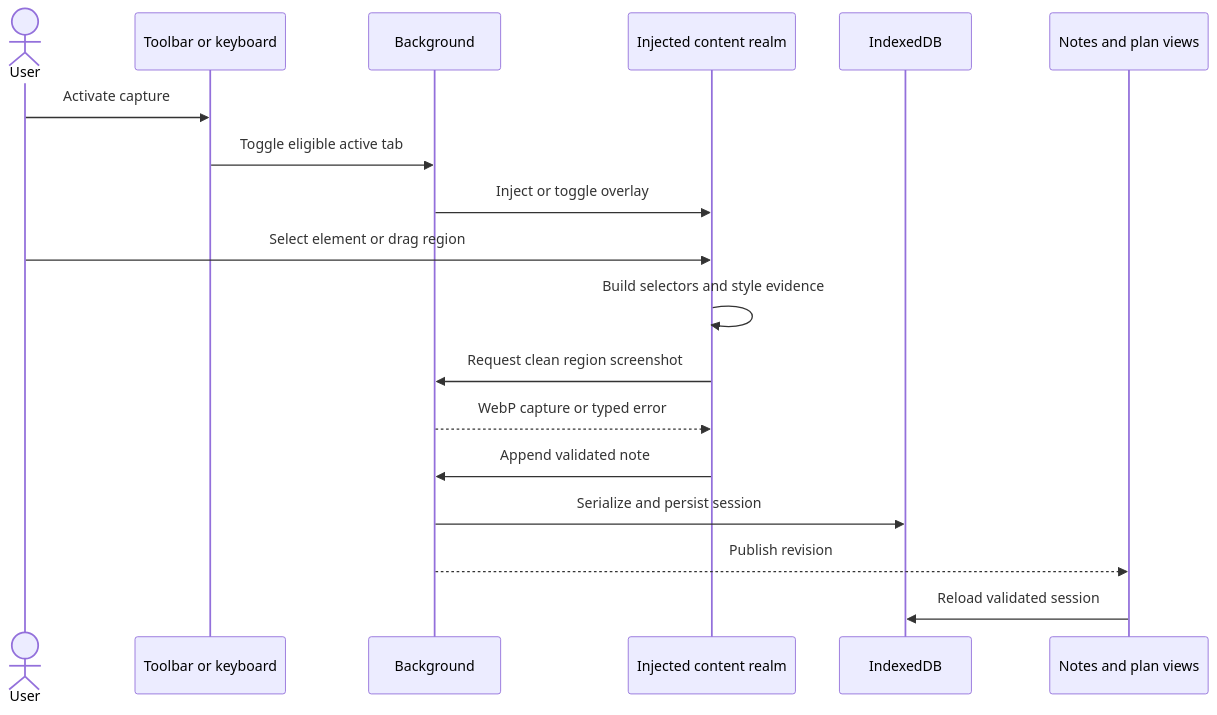
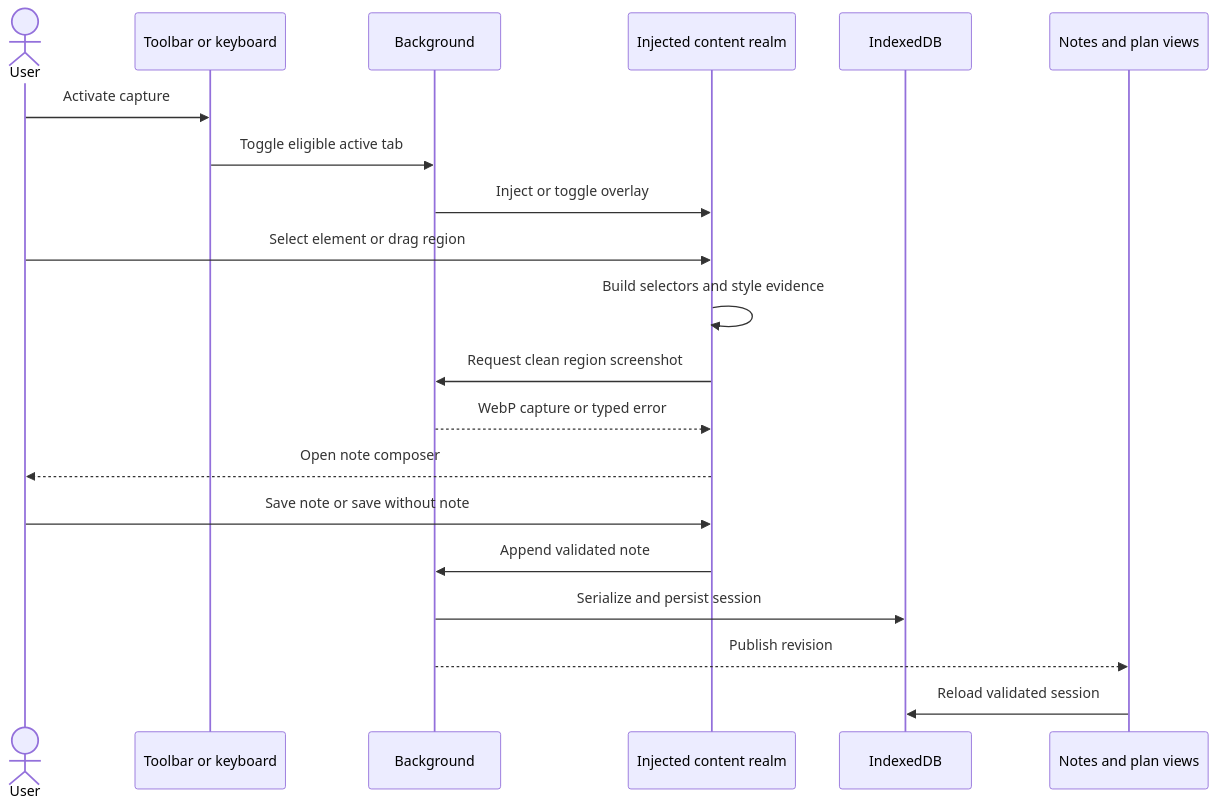
The diagram in docs/specs/extension-runtime.md (whizzzkid/point-and-shoot), drawn with Mermaid before and after one commit. The commit also changed other lines of this file and 8 other files, not shown here.

````diff
--- a/docs/specs/extension-runtime.md
+++ b/docs/specs/extension-runtime.md
@@ -131,21 +135,23 @@
 ```mermaid
 sequenceDiagram
     actor User
     participant Action as Toolbar or keyboard
     participant Background
     participant Content as Injected content realm
     participant Store as IndexedDB
     participant Panel as Notes and plan views
 
     User->>Action: Activate capture
     Action->>Background: Toggle eligible active tab
     Background->>Content: Inject or toggle overlay
     User->>Content: Select element or drag region
     Content->>Content: Build selectors and style evidence
     Content->>Background: Request clean region screenshot
     Background-->>Content: WebP capture or typed error
+    Content-->>User: Open note composer
+    User->>Content: Save note or save without note
     Content->>Background: Append validated note
     Background->>Store: Serialize and persist session
     Background-->>Panel: Publish revision
     Panel->>Store: Reload validated session
 ```
````
